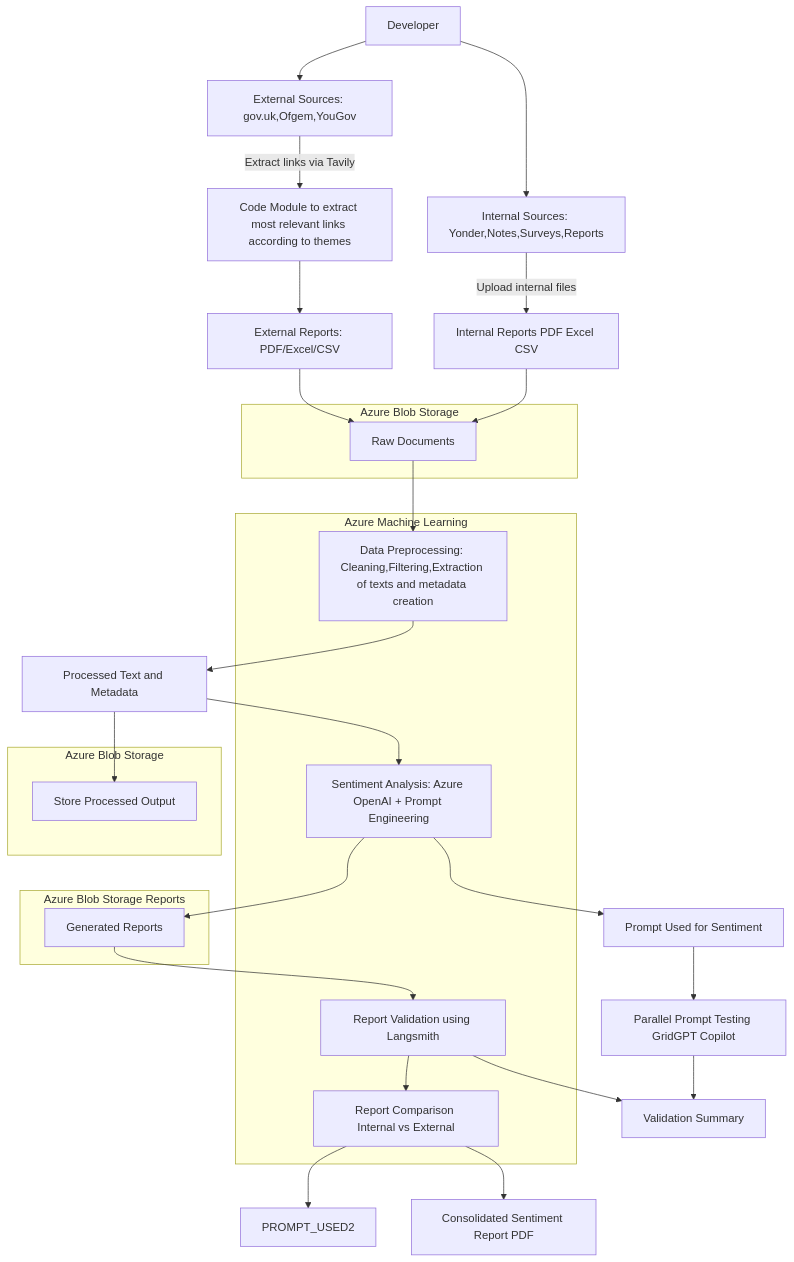
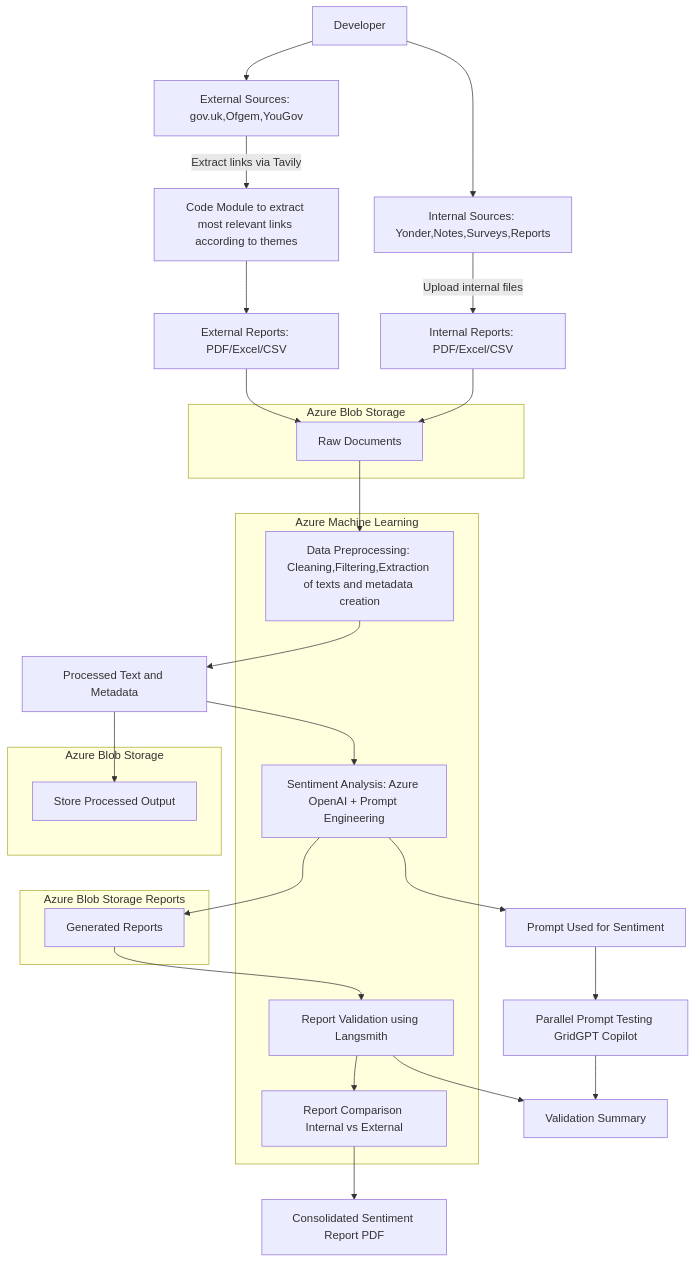
Before and after one commit to heena98765/Sentiment-analysis: the diagram in docs/architecture.md, drawn with Mermaid.

Commit message:
Fix formatting in architecture documentation

````diff
--- a/docs/architecture.md
+++ b/docs/architecture.md
@@ -5,68 +5,68 @@
 ```mermaid
 flowchart TB
 
     DEV[Developer]
 
     EXT_SOURCES[External Sources: gov.uk,Ofgem,YouGov]
     INT_SOURCES[Internal Sources: Yonder,Notes,Surveys,Reports]
 
     DEV --> EXT_SOURCES
     DEV --> INT_SOURCES
 
     EXT_SOURCES -->|Extract links via Tavily| TAVILY[Code Module to extract most relevant links according to themes]
     TAVILY -->EXT_DOCS[External Reports: PDF/Excel/CSV]
 
-    INT_SOURCES -->|Upload internal files| INT_DOCS[Internal Reports PDF Excel CSV]
+    INT_SOURCES -->|Upload internal files| INT_DOCS[Internal Reports: PDF/Excel/CSV]
 
     subgraph BLOB1[Azure Blob Storage ]
         RAW_STORE[Raw Documents]
     end
 
     EXT_DOCS --> RAW_STORE
     INT_DOCS --> RAW_STORE
 
     %% Azure ML Block
     subgraph AML[Azure Machine Learning]
         PREPROC[Data Preprocessing: Cleaning,Filtering,Extraction of texts and metadata creation]
         SA[Sentiment Analysis: Azure OpenAI + Prompt Engineering]
         VALID[Report Validation using Langsmith]
         COMPARE[Report Comparison Internal vs External]
     end
 
     RAW_STORE --> PREPROC
 
     PROC_OUT[Processed Text and Metadata]
     PREPROC --> PROC_OUT
 
     subgraph BLOB2[Azure Blob Storage]
         FINAL_PROC_STORE[Store Processed Output]
     end
     PROC_OUT --> FINAL_PROC_STORE
 
     PROC_OUT --> SA
 
     PROMPT_USED1[Prompt Used for Sentiment]
     SA --> PROMPT_USED1
 
     subgraph BLOB3[Azure Blob Storage Reports]
         REPORT_STORE[Generated Reports]
     end
 
     SA --> REPORT_STORE
 
     REPORT_STORE --> VALID
     VAL_SUMMARY[Validation Summary]
     VALID --> VAL_SUMMARY
 
     GRIDGPT[Parallel Prompt Testing GridGPT Copilot]
     PROMPT_USED1 --> GRIDGPT
     GRIDGPT --> VAL_SUMMARY
 
     VALID --> COMPARE
 
-    COMPARE --> PROMPT_USED2
+
 
     FINAL_OUTPUT[Consolidated Sentiment Report PDF]
     COMPARE --> FINAL_OUTPUT
 
 ```
````
